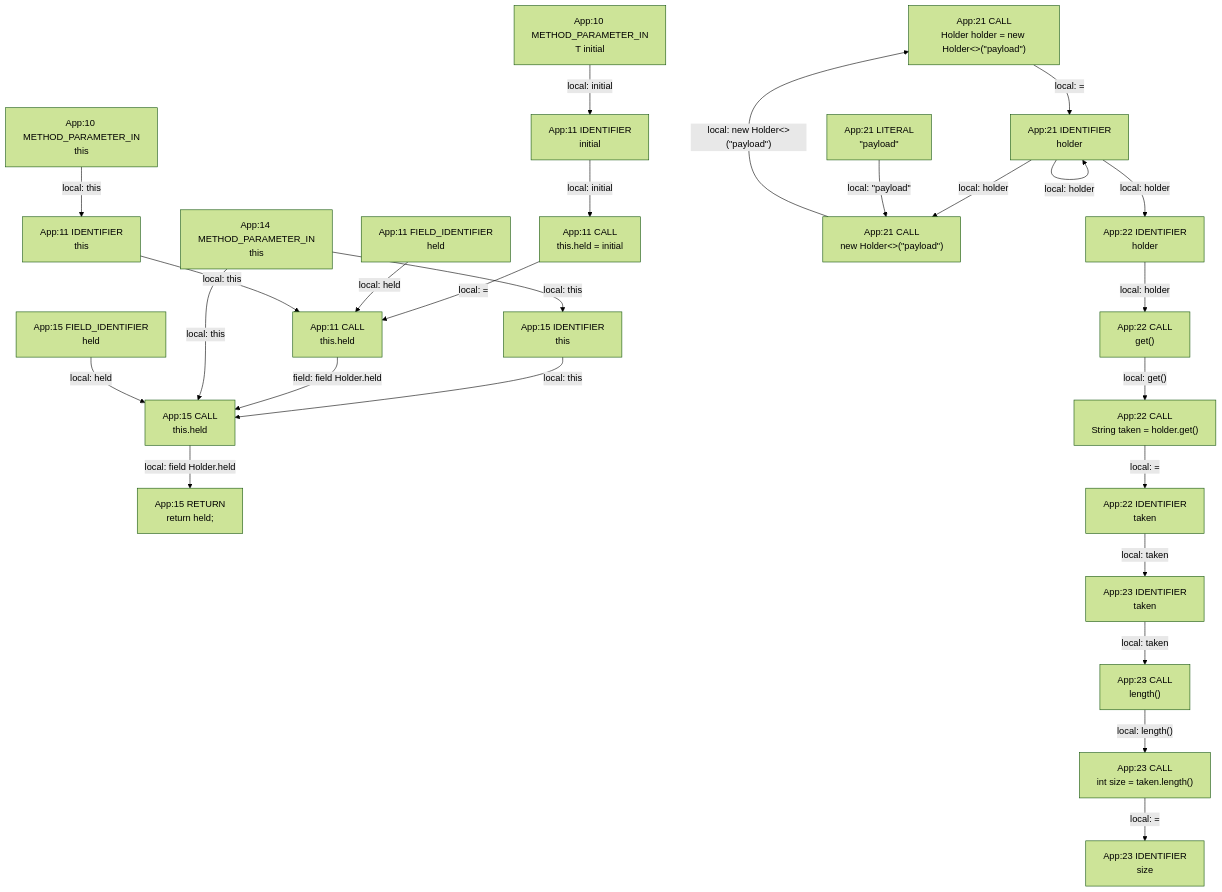
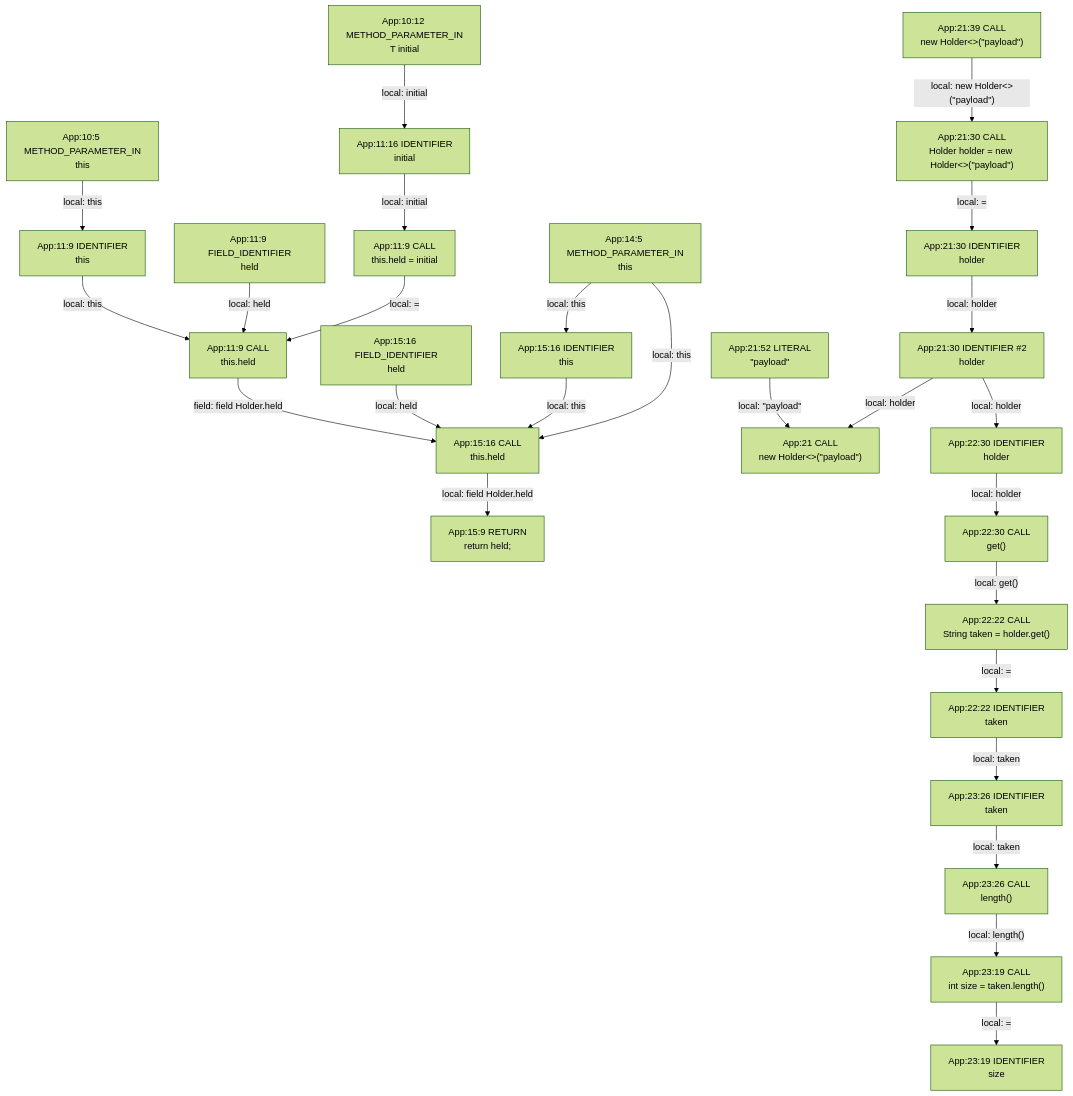
One commit to gstiebler/codeflow changed the diagram in app/src/test/resources/generic/spike-truth.md. Above: the diagram before and after it, drawn with Mermaid (forest theme). The commit also changed 154 other files, not shown here.

````diff
--- a/app/src/test/resources/generic/spike-truth.md
+++ b/app/src/test/resources/generic/spike-truth.md
@@ -3,52 +3,54 @@
 ```mermaid
 flowchart TD
-  n0["App:10 METHOD_PARAMETER_IN<br/>T initial"]
-  n1["App:10 METHOD_PARAMETER_IN<br/>this"]
-  n2["App:11 CALL<br/>this.held"]
-  n3["App:11 CALL<br/>this.held = initial"]
-  n4["App:11 FIELD_IDENTIFIER<br/>held"]
-  n5["App:11 IDENTIFIER<br/>initial"]
-  n6["App:11 IDENTIFIER<br/>this"]
-  n7["App:14 METHOD_PARAMETER_IN<br/>this"]
-  n8["App:15 CALL<br/>this.held"]
-  n9["App:15 FIELD_IDENTIFIER<br/>held"]
-  n10["App:15 IDENTIFIER<br/>this"]
-  n11["App:15 RETURN<br/>return held;"]
-  n12["App:21 CALL<br/>Holder holder = new Holder#lt;#gt;(#quot;payload#quot;)"]
-  n13["App:21 CALL<br/>new Holder#lt;#gt;(#quot;payload#quot;)"]
-  n14["App:21 IDENTIFIER<br/>holder"]
-  n15["App:21 LITERAL<br/>#quot;payload#quot;"]
-  n16["App:22 CALL<br/>String taken = holder.get()"]
-  n17["App:22 CALL<br/>get()"]
-  n18["App:22 IDENTIFIER<br/>holder"]
-  n19["App:22 IDENTIFIER<br/>taken"]
-  n20["App:23 CALL<br/>int size = taken.length()"]
-  n21["App:23 CALL<br/>length()"]
-  n22["App:23 IDENTIFIER<br/>size"]
-  n23["App:23 IDENTIFIER<br/>taken"]
-  n0 -->|"local: initial"| n5
+  n0["App:10:12 METHOD_PARAMETER_IN<br/>T initial"]
+  n1["App:10:5 METHOD_PARAMETER_IN<br/>this"]
+  n2["App:11:16 IDENTIFIER<br/>initial"]
+  n3["App:11:9 CALL<br/>this.held"]
+  n4["App:11:9 CALL<br/>this.held = initial"]
+  n5["App:11:9 FIELD_IDENTIFIER<br/>held"]
+  n6["App:11:9 IDENTIFIER<br/>this"]
+  n7["App:14:5 METHOD_PARAMETER_IN<br/>this"]
+  n8["App:15:16 CALL<br/>this.held"]
+  n9["App:15:16 FIELD_IDENTIFIER<br/>held"]
+  n10["App:15:16 IDENTIFIER<br/>this"]
+  n11["App:15:9 RETURN<br/>return held;"]
+  n12["App:21 CALL<br/>new Holder#lt;#gt;(#quot;payload#quot;)"]
+  n13["App:21:30 CALL<br/>Holder holder = new Holder#lt;#gt;(#quot;payload#quot;)"]
+  n14["App:21:30 IDENTIFIER #2<br/>holder"]
+  n15["App:21:30 IDENTIFIER<br/>holder"]
+  n16["App:21:39 CALL<br/>new Holder#lt;#gt;(#quot;payload#quot;)"]
+  n17["App:21:52 LITERAL<br/>#quot;payload#quot;"]
+  n18["App:22:22 CALL<br/>String taken = holder.get()"]
+  n19["App:22:22 IDENTIFIER<br/>taken"]
+  n20["App:22:30 CALL<br/>get()"]
+  n21["App:22:30 IDENTIFIER<br/>holder"]
+  n22["App:23:19 CALL<br/>int size = taken.length()"]
+  n23["App:23:19 IDENTIFIER<br/>size"]
+  n24["App:23:26 CALL<br/>length()"]
+  n25["App:23:26 IDENTIFIER<br/>taken"]
+  n0 -->|"local: initial"| n2
   n1 -->|"local: this"| n6
   n10 -->|"local: this"| n8
-  n12 -->|"local: ="| n14
-  n13 -->|"local: new Holder#lt;#gt;(#quot;payload#quot;)"| n12
-  n14 -->|"local: holder"| n13
-  n14 -->|"local: holder"| n14
-  n14 -->|"local: holder"| n18
-  n15 -->|"local: #quot;payload#quot;"| n13
-  n16 -->|"local: ="| n19
-  n17 -->|"local: get()"| n16
-  n18 -->|"local: holder"| n17
-  n19 -->|"local: taken"| n23
-  n2 -->|"field: field Holder.held"| n8
-  n20 -->|"local: ="| n22
-  n21 -->|"local: length()"| n20
-  n23 -->|"local: taken"| n21
-  n3 -->|"local: ="| n2
-  n4 -->|"local: held"| n2
-  n5 -->|"local: initial"| n3
-  n6 -->|"local: this"| n2
+  n13 -->|"local: ="| n15
+  n14 -->|"local: holder"| n12
+  n14 -->|"local: holder"| n21
+  n15 -->|"local: holder"| n14
+  n16 -->|"local: new Holder#lt;#gt;(#quot;payload#quot;)"| n13
+  n17 -->|"local: #quot;payload#quot;"| n12
+  n18 -->|"local: ="| n19
+  n19 -->|"local: taken"| n25
+  n2 -->|"local: initial"| n4
+  n20 -->|"local: get()"| n18
+  n21 -->|"local: holder"| n20
+  n22 -->|"local: ="| n23
+  n24 -->|"local: length()"| n22
+  n25 -->|"local: taken"| n24
+  n3 -->|"field: field Holder.held"| n8
+  n4 -->|"local: ="| n3
+  n5 -->|"local: held"| n3
+  n6 -->|"local: this"| n3
   n7 -->|"local: this"| n10
   n7 -->|"local: this"| n8
   n8 -->|"local: field Holder.held"| n11
   n9 -->|"local: held"| n8
 ```
````
